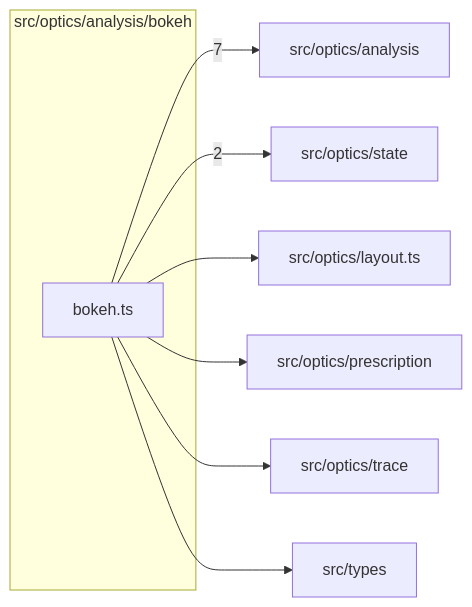
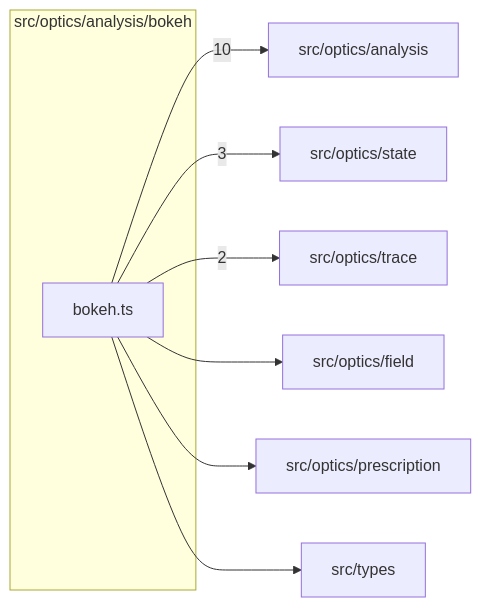
Before and after one commit to ronbuening/LensVisualizer: the diagram in src/optics/analysis/bokeh/readme.md, drawn with Mermaid. The commit also changed other lines of this file and 439 other files, not shown here.

````diff
--- a/src/optics/analysis/bokeh/readme.md
+++ b/src/optics/analysis/bokeh/readme.md
@@ -9,18 +9,18 @@
 ```mermaid
 flowchart LR
   subgraph n_src_optics_analysis_bokeh["src/optics/analysis/bokeh"]
     n_src_optics_analysis_bokeh_src_optics_analysis_bokeh_bokeh_ts["bokeh.ts"]
   end
   n_external_src_optics_analysis["src/optics/analysis"]
   n_external_src_optics_state["src/optics/state"]
-  n_external_src_optics_layout_ts["src/optics/layout.ts"]
+  n_external_src_optics_trace["src/optics/trace"]
+  n_external_src_optics_field["src/optics/field"]
   n_external_src_optics_prescription["src/optics/prescription"]
-  n_external_src_optics_trace["src/optics/trace"]
   n_external_src_types["src/types"]
-  n_src_optics_analysis_bokeh_src_optics_analysis_bokeh_bokeh_ts --> |7| n_external_src_optics_analysis
-  n_src_optics_analysis_bokeh_src_optics_analysis_bokeh_bokeh_ts --> |2| n_external_src_optics_state
-  n_src_optics_analysis_bokeh_src_optics_analysis_bokeh_bokeh_ts --> n_external_src_optics_layout_ts
+  n_src_optics_analysis_bokeh_src_optics_analysis_bokeh_bokeh_ts --> |10| n_external_src_optics_analysis
+  n_src_optics_analysis_bokeh_src_optics_analysis_bokeh_bokeh_ts --> |3| n_external_src_optics_state
+  n_src_optics_analysis_bokeh_src_optics_analysis_bokeh_bokeh_ts --> |2| n_external_src_optics_trace
+  n_src_optics_analysis_bokeh_src_optics_analysis_bokeh_bokeh_ts --> n_external_src_optics_field
   n_src_optics_analysis_bokeh_src_optics_analysis_bokeh_bokeh_ts --> n_external_src_optics_prescription
-  n_src_optics_analysis_bokeh_src_optics_analysis_bokeh_bokeh_ts --> n_external_src_optics_trace
   n_src_optics_analysis_bokeh_src_optics_analysis_bokeh_bokeh_ts --> n_external_src_types
 ```
````
